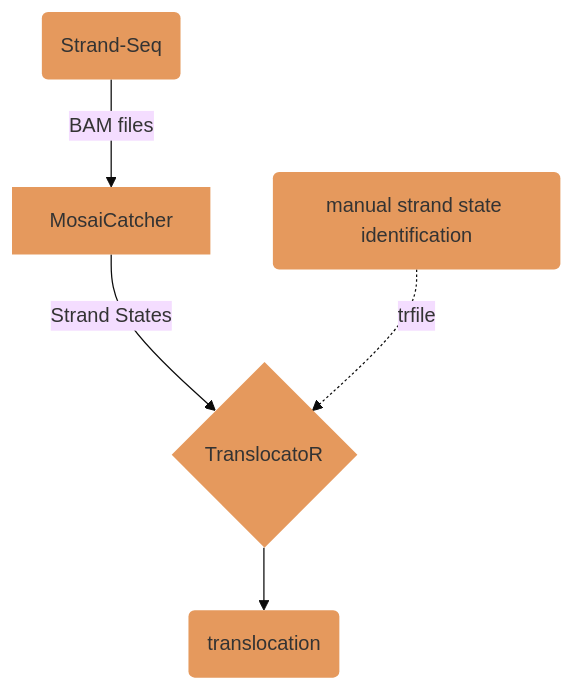
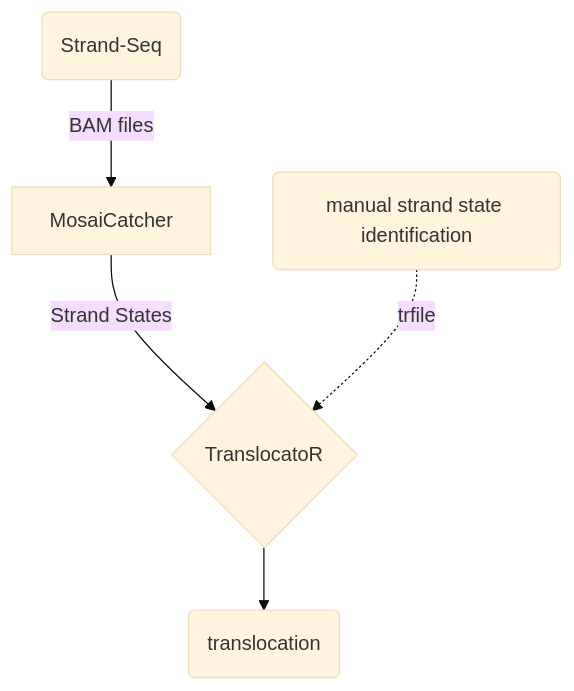
One commit to friendsofstrandseq/TranslocatoR changed the diagram in README.md. Above: the diagram before and after it, drawn with Mermaid (base theme).

````diff
--- a/README.md
+++ b/README.md
@@ -134,12 +134,13 @@
 ```mermaid
 graph TB
 
 n1(Strand-Seq) -->|BAM files| n2[MosaiCatcher]
 n2 --> |Strand States| n4{TranslocatoR}
 n3(manual strand state identification)-.trfile.->  n4
 n4 -->n5(translocation)
 
 
-class n1,n2,n3,n4,n5 orange-box;
-classDef orange-box fill:#E5995D, stroke-width:0px;
+
+
+
 ```
````
